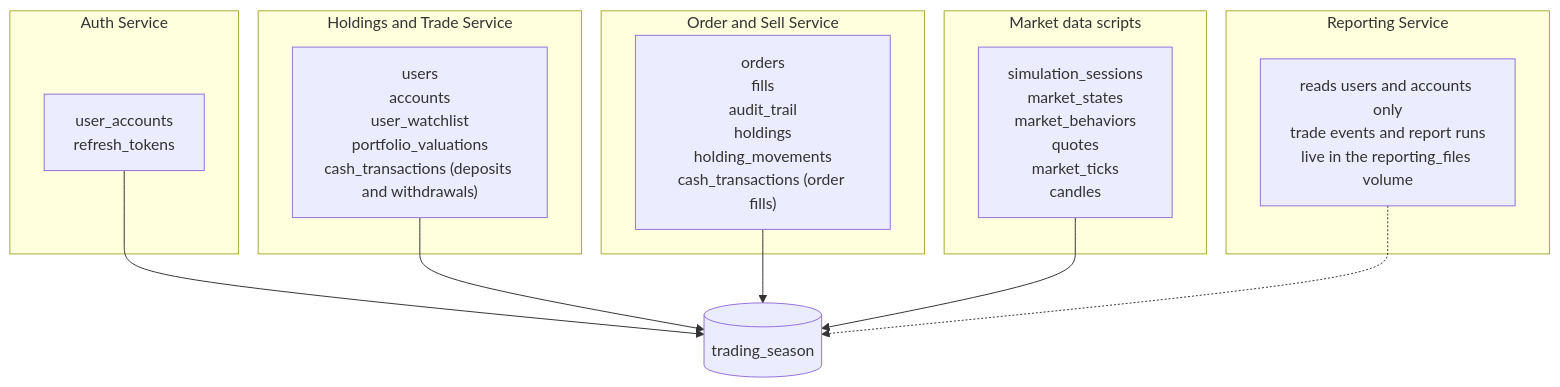
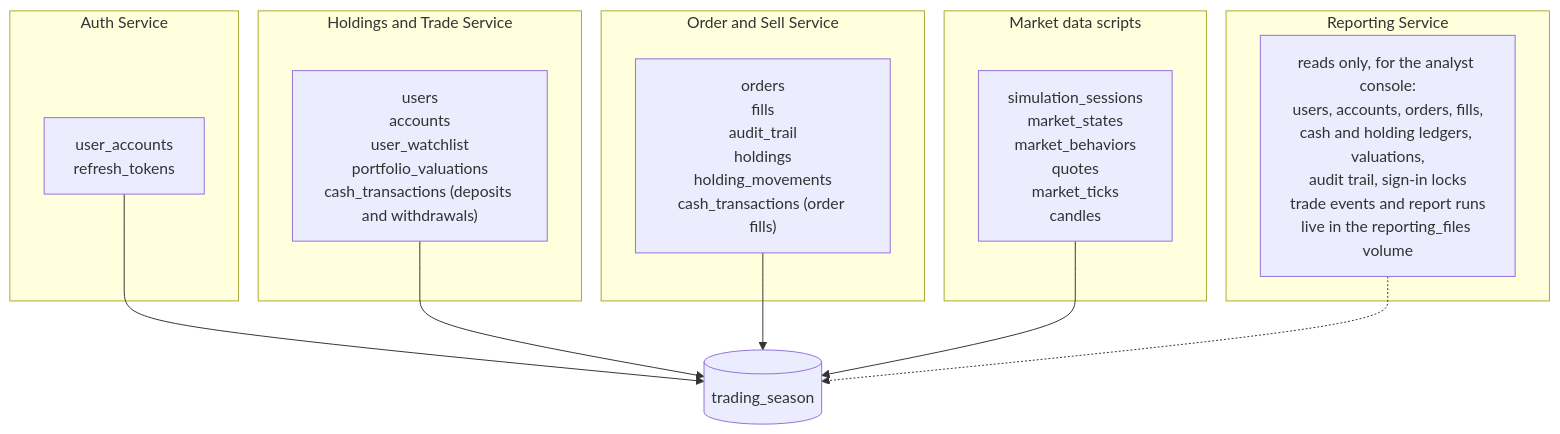
The fourth of 5 diagrams in README.md (seankcheema/trading-season), drawn with Mermaid before and after one commit. The commit also changed other lines of this file and 47 other files, not shown here.

````diff
--- a/README.md
+++ b/README.md
@@ -125,24 +125,24 @@
 ```mermaid
 flowchart TB
     subgraph Auth["Auth Service"]
         A1["user_accounts<br/>refresh_tokens"]
     end
     subgraph HT["Holdings and Trade Service"]
         H1["users<br/>accounts<br/>user_watchlist<br/>portfolio_valuations<br/>cash_transactions (deposits and withdrawals)"]
     end
     subgraph OS["Order and Sell Service"]
         O1["orders<br/>fills<br/>audit_trail<br/>holdings<br/>holding_movements<br/>cash_transactions (order fills)"]
     end
     subgraph MD["Market data scripts"]
         M1["simulation_sessions<br/>market_states<br/>market_behaviors<br/>quotes<br/>market_ticks<br/>candles"]
     end
     subgraph RS["Reporting Service"]
-        R1["reads users and accounts only<br/>trade events and report runs<br/>live in the reporting_files volume"]
+        R1["reads only, for the analyst console:<br/>users, accounts, orders, fills,<br/>cash and holding ledgers, valuations,<br/>audit trail, sign-in locks<br/>trade events and report runs<br/>live in the reporting_files volume"]
     end
     DB[("trading_season")]
     A1 --> DB
     H1 --> DB
     O1 --> DB
     M1 --> DB
     R1 -.-> DB
 ```
````
